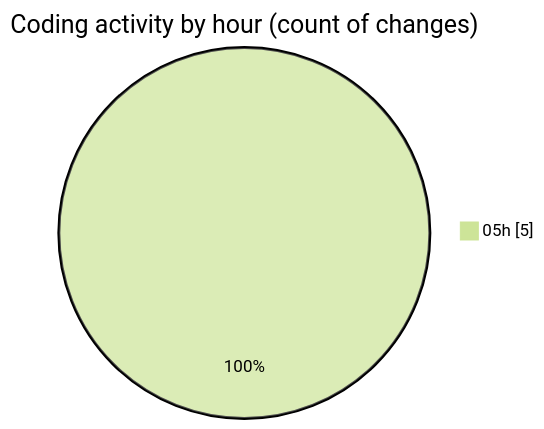
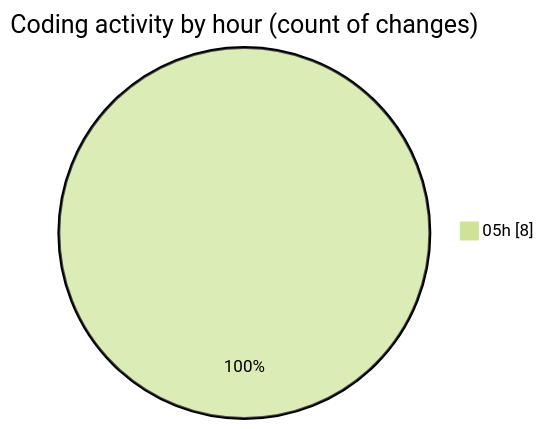
One commit to Elitesun/code-tracking changed the second of 2 diagrams in 2025-02-12/react_ecom/README.md. Above: the diagram before and after it, drawn with Mermaid (forest theme). The commit also changed other lines of this file and 1 other file, not shown here.

````diff
--- a/2025-02-12/react_ecom/README.md
+++ b/2025-02-12/react_ecom/README.md
@@ -28,5 +28,5 @@
 ```mermaid
 pie showData
 title Coding activity by hour (count of changes)
-"05h" : 5
+"05h" : 8
 ```
````
